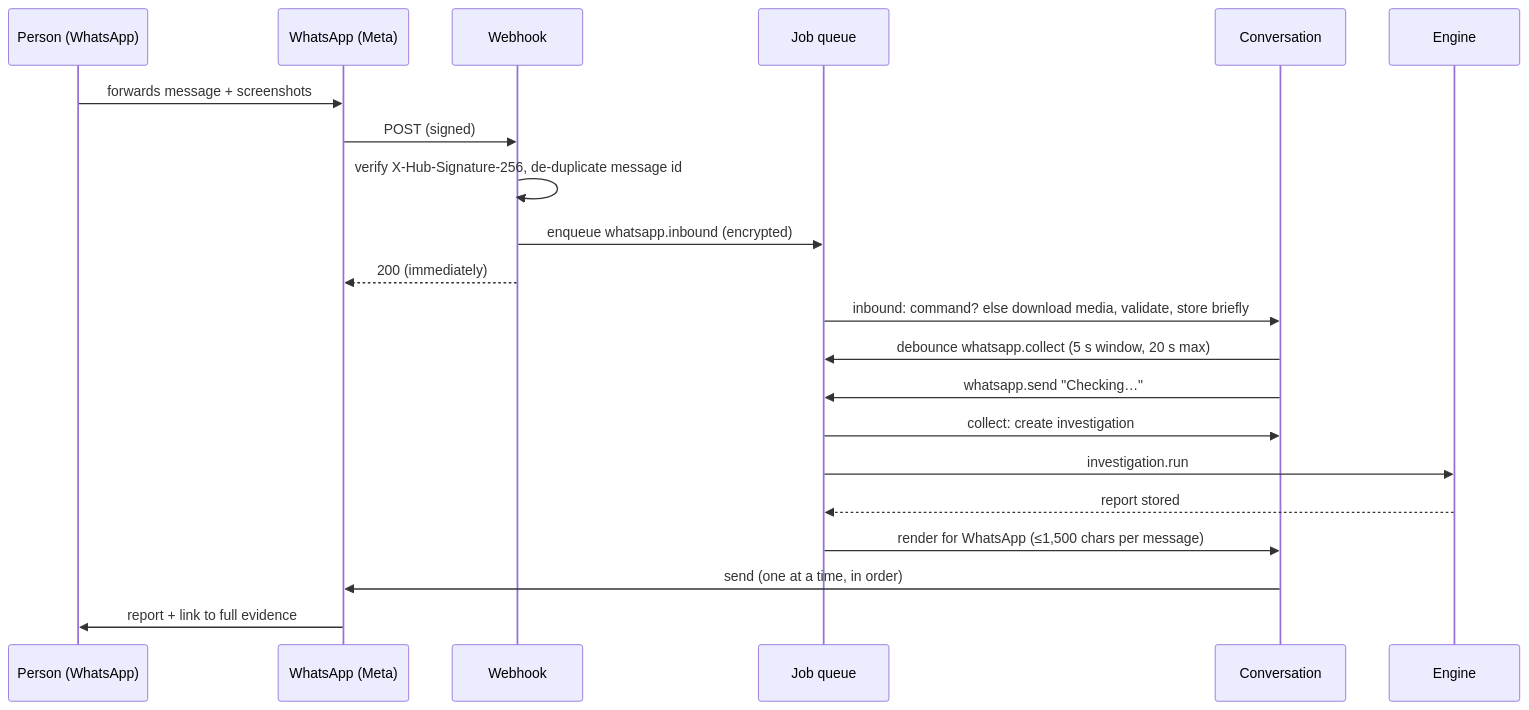
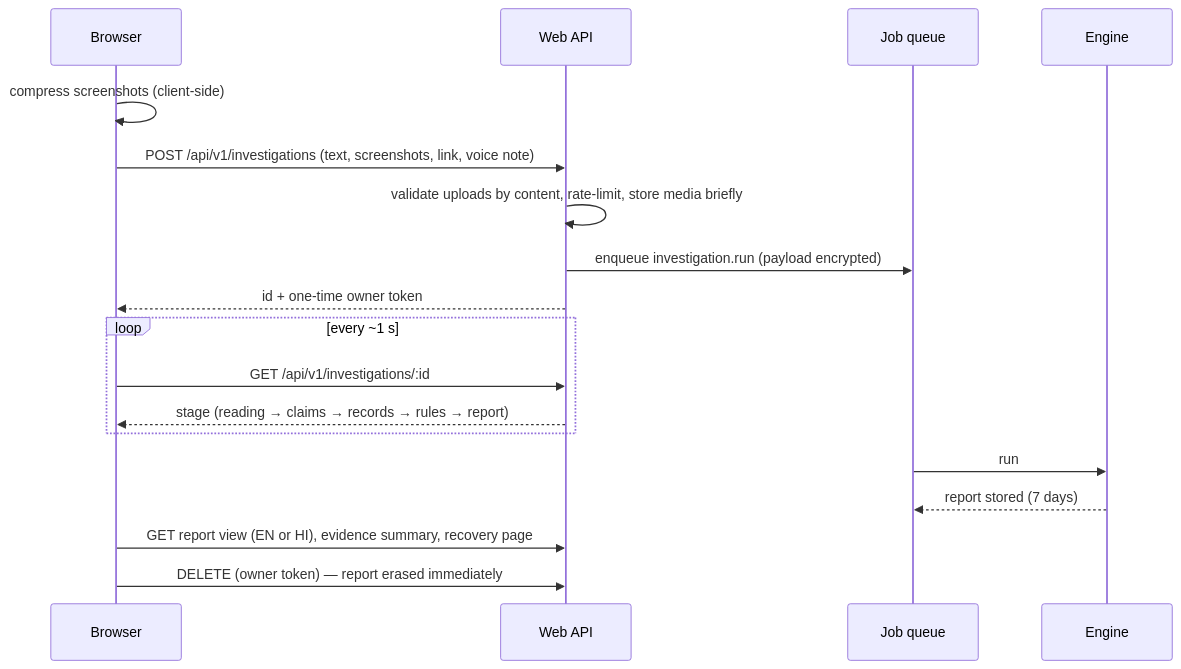
Before and after one commit to Anushika06/Jaanch: the third of 3 diagrams in docs/architecture.md, drawn with Mermaid. The commit also changed other lines of this file and 21 other files, not shown here.

````diff
--- a/docs/architecture.md
+++ b/docs/architecture.md
@@ -115,23 +103,20 @@
 ```mermaid
 sequenceDiagram
-  participant P as Person (WhatsApp)
-  participant T as WhatsApp (Meta)
-  participant W as Webhook
+  participant B as Browser
+  participant A as Web API
   participant Q as Job queue
-  participant C as Conversation
   participant E as Engine
-  P->>T: forwards message + screenshots
-  T->>W: POST (signed)
-  W->>W: verify X-Hub-Signature-256, de-duplicate message id
-  W->>Q: enqueue whatsapp.inbound (encrypted)
-  W-->>T: 200 (immediately)
-  Q->>C: inbound: command? else download media, validate, store briefly
-  C->>Q: debounce whatsapp.collect (5 s window, 20 s max)
-  C->>Q: whatsapp.send "Checking…"
-  Q->>C: collect: create investigation
-  Q->>E: investigation.run
-  E-->>Q: report stored
-  Q->>C: render for WhatsApp (≤1,500 chars per message)
-  C->>T: send (one at a time, in order)
-  T->>P: report + link to full evidence
+  B->>B: compress screenshots (client-side)
+  B->>A: POST /api/v1/investigations (text, screenshots, link, voice note)
+  A->>A: validate uploads by content, rate-limit, store media briefly
+  A->>Q: enqueue investigation.run (payload encrypted)
+  A-->>B: id + one-time owner token
+  loop every ~1 s
+    B->>A: GET /api/v1/investigations/:id
+    A-->>B: stage (reading → claims → records → rules → report)
+  end
+  Q->>E: run
+  E-->>Q: report stored (7 days)
+  B->>A: GET report view (EN or HI), evidence summary, recovery page
+  B->>A: DELETE (owner token) — report erased immediately
 ```
````
